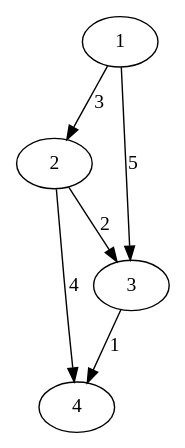
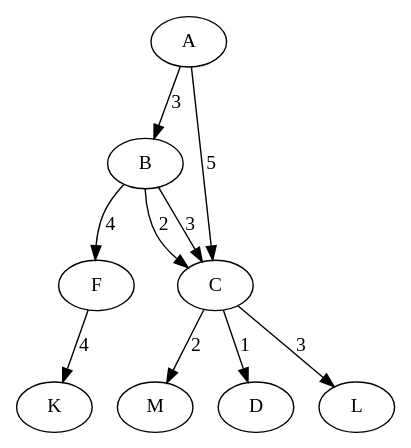
Before and after one commit to anemon-a/Graphs: the diagram in src/graph.dot, drawn with Graphviz. The commit also changed 3 other files, not shown here.

```diff
--- a/src/graph.dot
+++ b/src/graph.dot
@@ -1,8 +1,7 @@
-
-digraph D {
-    1 -> 2 [label="3"];
-    1 -> 3 [label="5"];
-    2 -> 3 [label="2"];
-    2 -> 4 [label="4"];
-    3 -> 4 [label="1"];
+digraph G {
+    A -> B -> C -> L [label="3"];
+    A -> C [label="5"];
+    B -> C -> M [label="2"];
+    B -> F -> K [label="4"];
+    C -> D [label="1"];
 }
```
